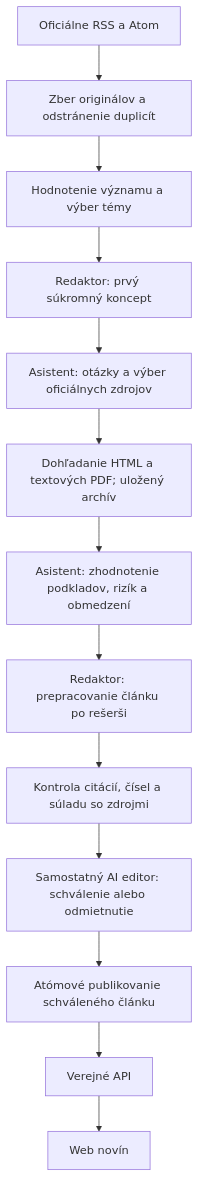
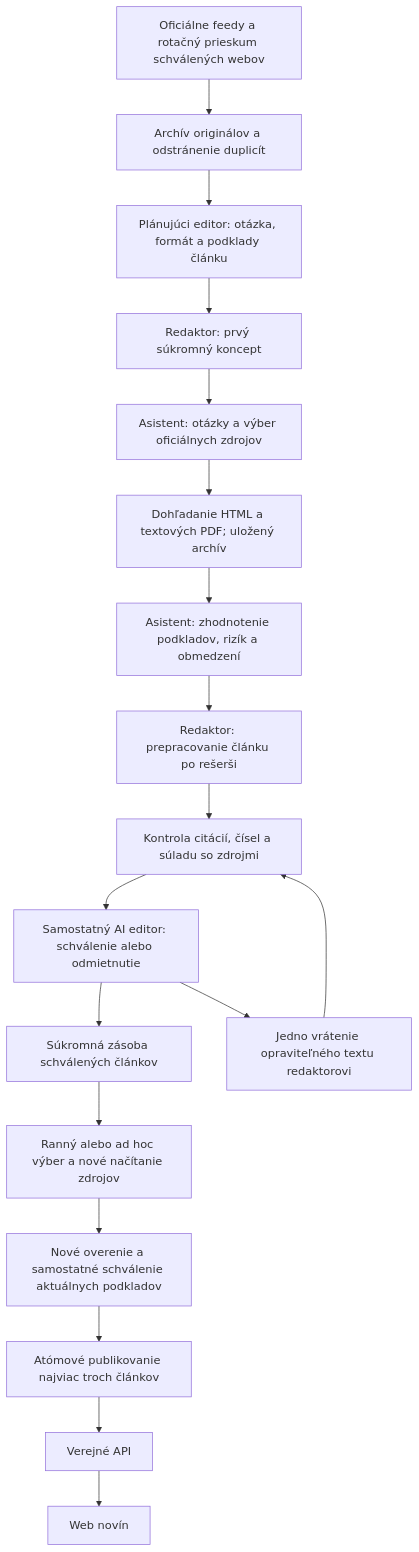
The diagram in README.md (MartinHBA/ainoviny), drawn with Mermaid before and after one commit. The commit also changed other lines of this file and 35 other files, not shown here.

````diff
--- a/README.md
+++ b/README.md
@@ -9,15 +9,20 @@
 ```mermaid
 flowchart TD
-    S[Oficiálne RSS a Atom] --> C[Zber originálov a odstránenie duplicít]
-    C --> R[Hodnotenie významu a výber témy]
+    S[Oficiálne feedy a rotačný prieskum schválených webov] --> C[Archív originálov a odstránenie duplicít]
+    C --> R[Plánujúci editor: otázka, formát a podklady článku]
     R --> D[Redaktor: prvý súkromný koncept]
     D --> P[Asistent: otázky a výber oficiálnych zdrojov]
     P --> H[Dohľadanie HTML a textových PDF; uložený archív]
     H --> A[Asistent: zhodnotenie podkladov, rizík a obmedzení]
     A --> W[Redaktor: prepracovanie článku po rešerši]
     W --> V[Kontrola citácií, čísel a súladu so zdrojmi]
     V --> E[Samostatný AI editor: schválenie alebo odmietnutie]
-    E --> T[Atómové publikovanie schváleného článku]
+    E --> Z[Súkromná zásoba schválených článkov]
+    E --> O[Jedno vrátenie opraviteľného textu redaktorovi]
+    O --> V
+    Z --> K[Ranný alebo ad hoc výber a nové načítanie zdrojov]
+    K --> J[Nové overenie a samostatné schválenie aktuálnych podkladov]
+    J --> T[Atómové publikovanie najviac troch článkov]
     T --> API[Verejné API]
     API --> F[Web novín]
 ```
````
